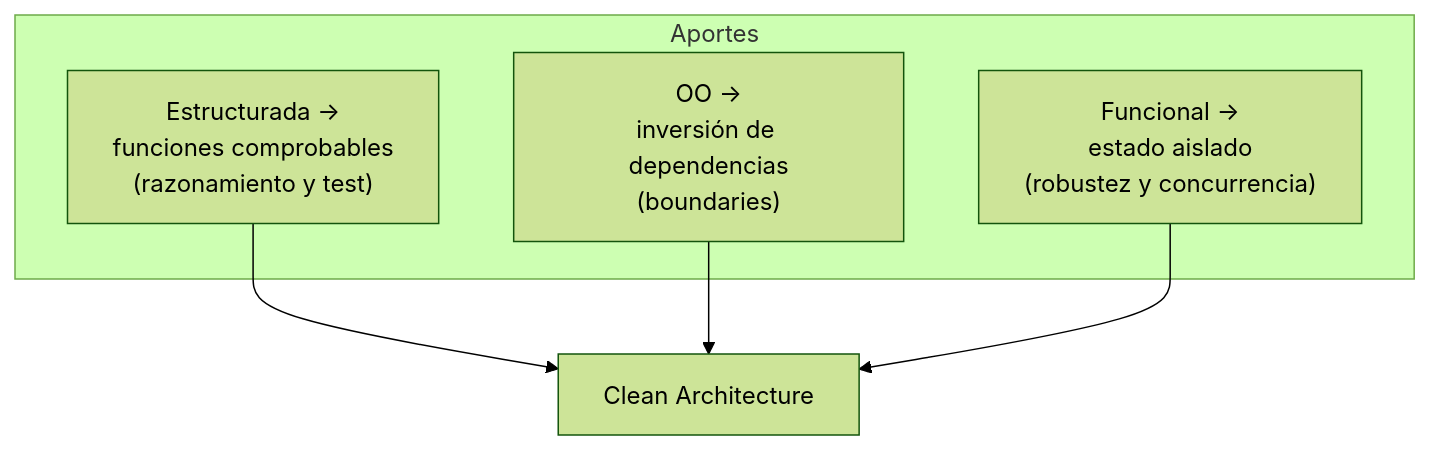
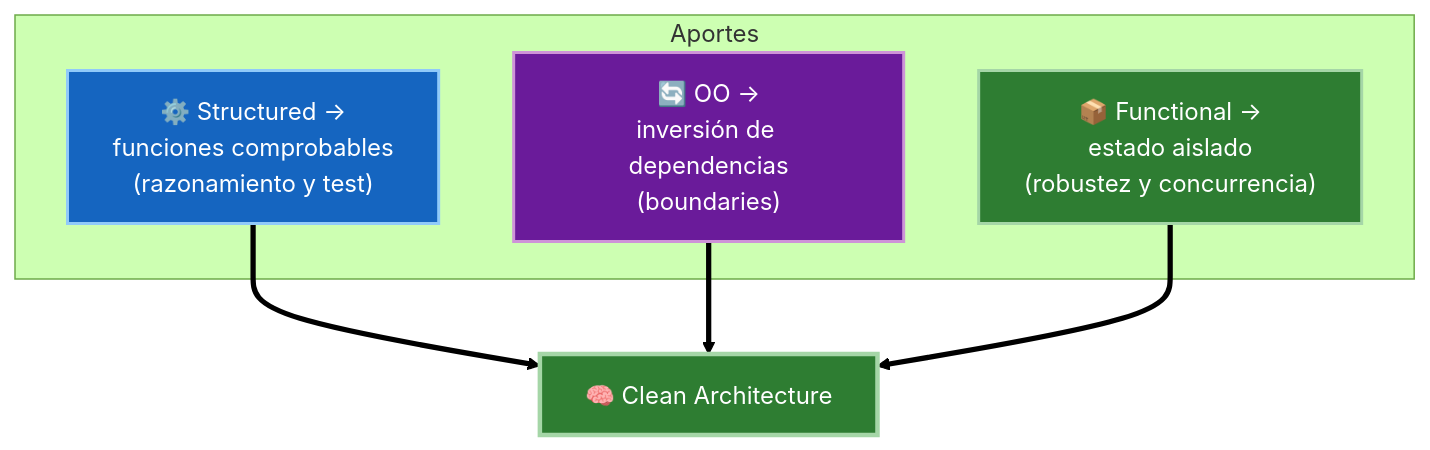
Before and after one commit to JavierMachucaA/clean-architecture-guia: the third of 3 diagrams in 02-paradigmas-de-programacion/04-por-que-quitan-capacidades.md, drawn with Mermaid (forest theme). The commit also changed other lines of this file and 45 other files, not shown here.

````diff
--- a/02-paradigmas-de-programacion/04-por-que-quitan-capacidades.md
+++ b/02-paradigmas-de-programacion/04-por-que-quitan-capacidades.md
@@ -51,11 +64,16 @@
 ```mermaid
 flowchart TD
-    subgraph Aportes
-        E["Estructurada →<br/>funciones comprobables<br/>(razonamiento y test)"]
-        O["OO →<br/>inversión de dependencias<br/>(boundaries)"]
-        F["Funcional →<br/>estado aislado<br/>(robustez y concurrencia)"]
+    subgraph Aportes["Aportes"]
+        E["⚙️ Structured →<br/>funciones comprobables<br/>(razonamiento y test)"]
+        O["🔄 OO →<br/>inversión de dependencias<br/>(boundaries)"]
+        F["📦 Functional →<br/>estado aislado<br/>(robustez y concurrencia)"]
     end
-    E --> CA["Clean Architecture"]
-    O --> CA
-    F --> CA
+    E ==> CA["🧠 Clean Architecture"]
+    O ==> CA
+    F ==> CA
+
+    style E fill:#1565c0,stroke:#90caf9,color:#fff,stroke-width:2px
+    style O fill:#6a1b9a,stroke:#ce93d8,color:#fff,stroke-width:2px
+    style F fill:#2e7d32,stroke:#a5d6a7,color:#fff,stroke-width:2px
+    style CA fill:#2e7d32,stroke:#a5d6a7,color:#fff,stroke-width:3px
 ```
````
